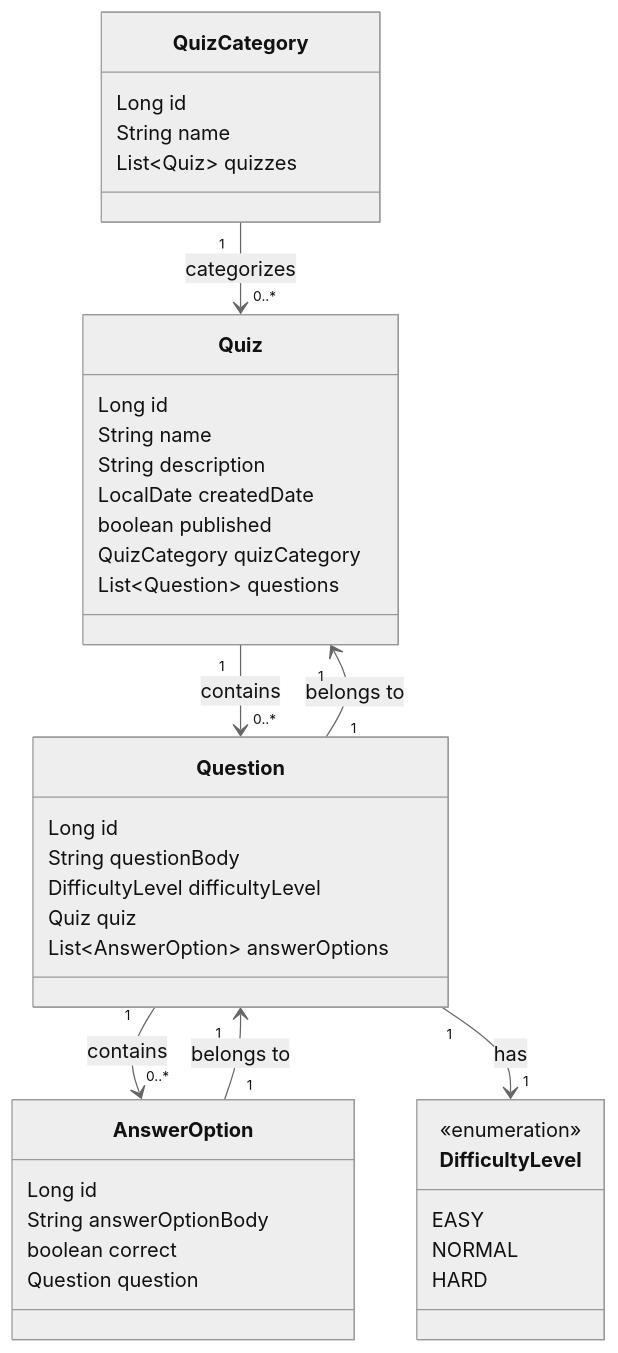
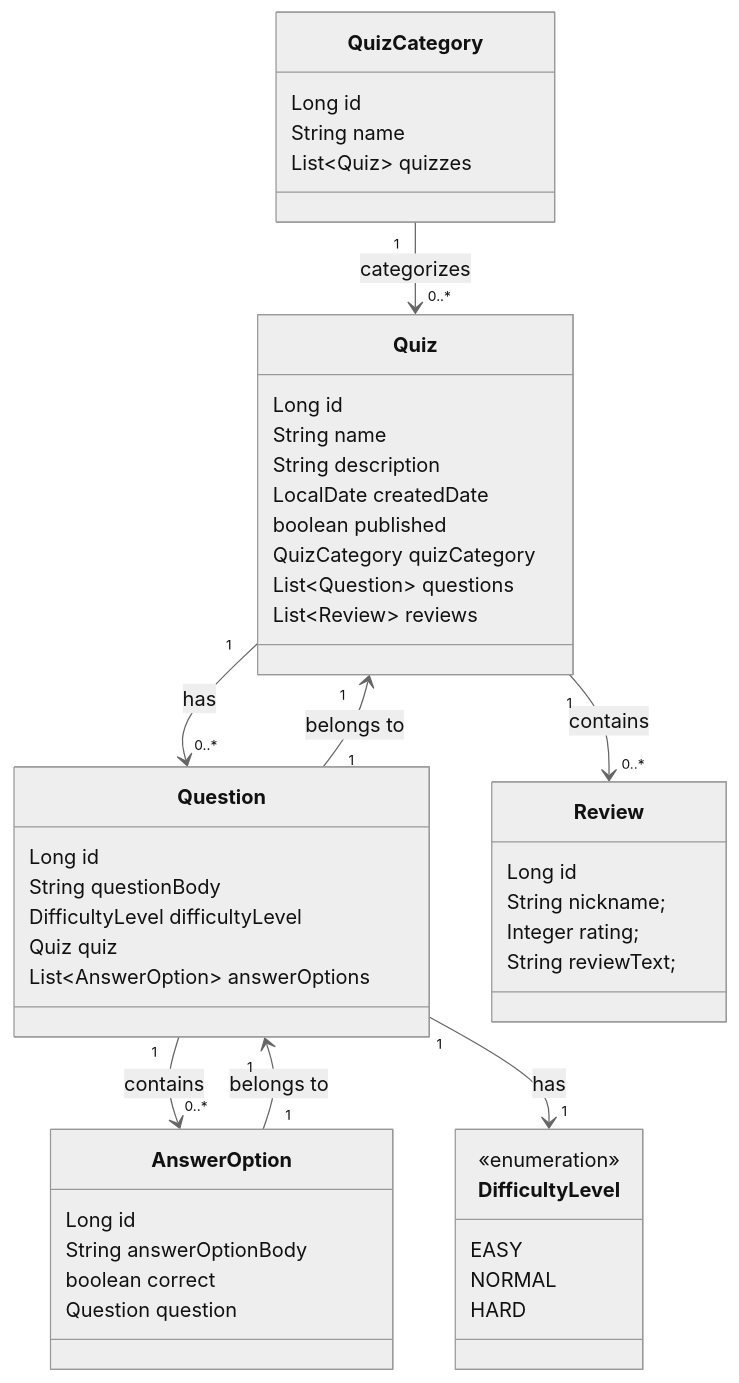
One commit to Team-417-Expectation-Failed/QuizzerApp changed the diagram in README.md. Above: the diagram before and after it, drawn with Mermaid (neutral theme). The commit also changed other lines of this file, not shown here.

Commit message:
Add review to entity model in README

````diff
--- a/README.md
+++ b/README.md
@@ -51,47 +52,56 @@
 ```mermaid
 classDiagram
     class Quiz {
         Long id
         String name
         String description
         LocalDate createdDate
         boolean published
         QuizCategory quizCategory
         List~Question~ questions
+        List~Review~ reviews
     }
 
     class Question {
         Long id
         String questionBody
         DifficultyLevel difficultyLevel
         Quiz quiz
         List~AnswerOption~ answerOptions
     }
 
     class AnswerOption {
         Long id
         String answerOptionBody
         boolean correct
         Question question
     }
 
     class QuizCategory {
         Long id
         String name
         List~Quiz~ quizzes
     }
 
     class DifficultyLevel {
         <<enumeration>>
         EASY
         NORMAL
         HARD
     }
 
-    Quiz "1" --> "0..*" Question : contains
+    class Review {
+        Long id 
+        String nickname;
+        Integer rating;
+        String reviewText;
+    }
+
+    Quiz "1" --> "0..*" Question : has
+    Quiz "1" --> "0..*" Review : contains
     Question "1" --> "0..*" AnswerOption : contains
     QuizCategory "1" --> "0..*" Quiz : categorizes
     Question "1" --> "1" Quiz : belongs to
     AnswerOption "1" --> "1" Question : belongs to
     Question "1" --> "1" DifficultyLevel : has
 ```
````
